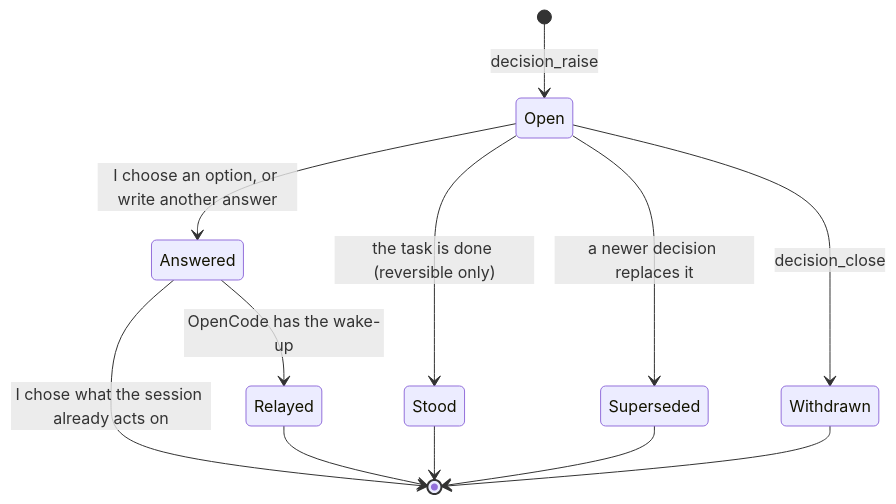
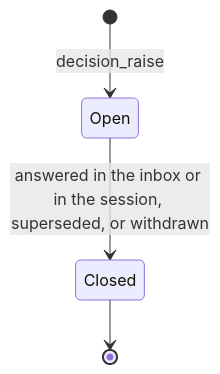
Before and after one commit to aronstrandberg/ratchet: the diagram in docs/reports-and-decisions.md, drawn with Mermaid. The commit also changed other lines of this file and 2 other files, not shown here.

First line of the commit message:
Keep the direction Ratchet is to go in, and settle how decisions close

````diff
--- a/docs/reports-and-decisions.md
+++ b/docs/reports-and-decisions.md
@@ -76,14 +83,6 @@
 ```mermaid
 stateDiagram-v2
   [*] --> Open: decision_raise
-  Open --> Answered: I choose an option, or write another answer
-  Open --> Stood: the task is done (reversible only)
-  Open --> Superseded: a newer decision replaces it
-  Open --> Withdrawn: decision_close
-  Answered --> Relayed: OpenCode has the wake-up
-  Answered --> [*]: I chose what the session already acts on
-  Relayed --> [*]
-  Stood --> [*]
-  Superseded --> [*]
-  Withdrawn --> [*]
+  Open --> Closed: answered in the inbox or in the session, superseded, or withdrawn
+  Closed --> [*]
 ```
````
